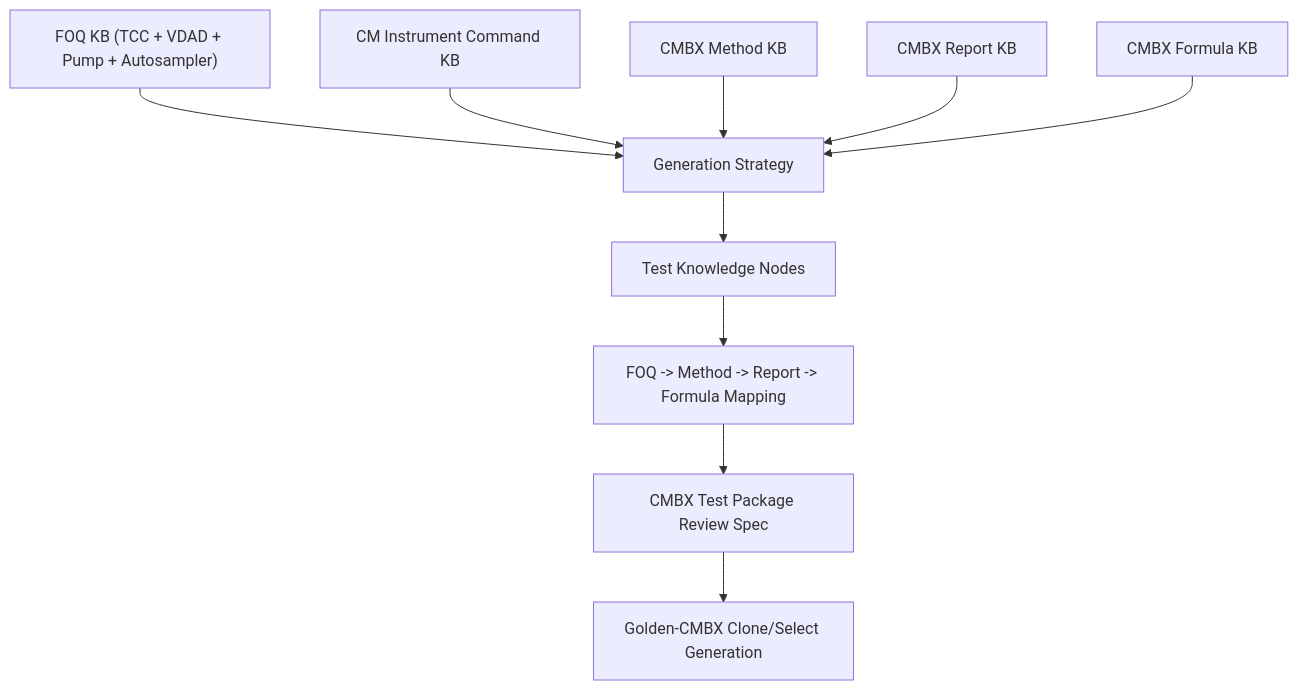
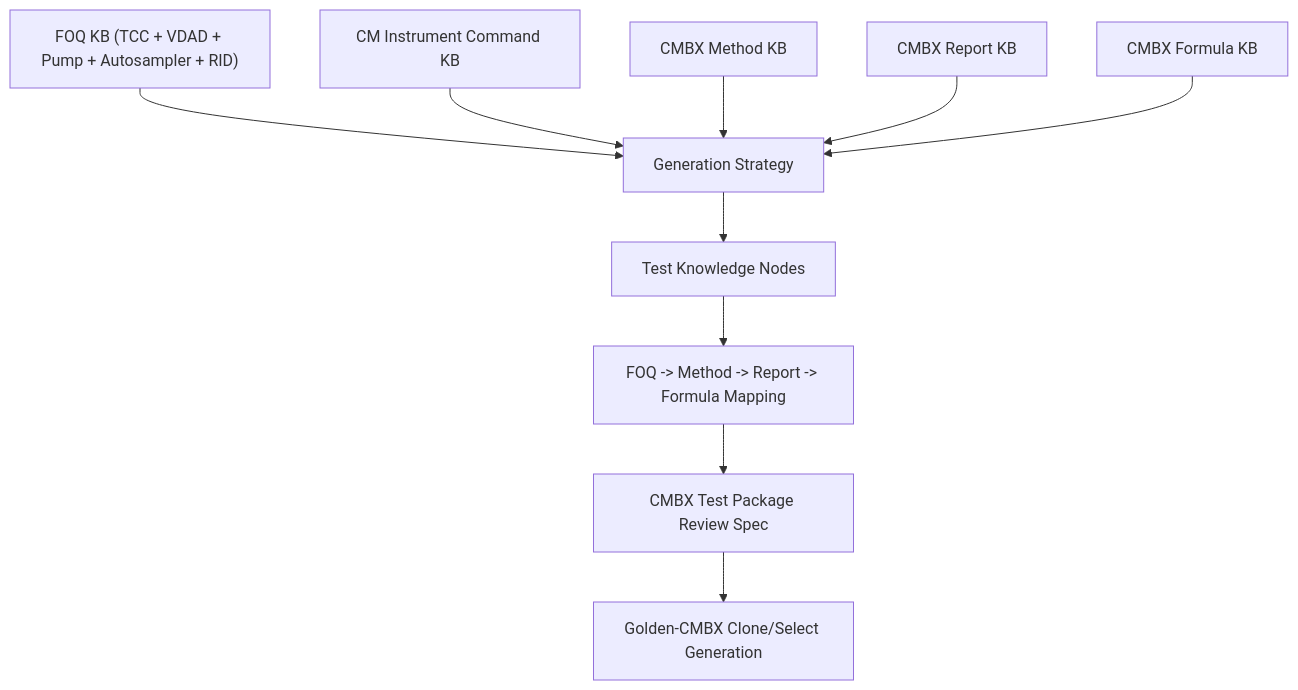
The diagram in docs/KB_INDEX.md (gxs1989/CMBX_Generator_KB), drawn with Mermaid before and after one commit. The commit also changed other lines of this file and 34 other files, not shown here.

````diff
--- a/docs/KB_INDEX.md
+++ b/docs/KB_INDEX.md
@@ -63,12 +64,12 @@
 ```mermaid
 flowchart TD
-    FOQ_KB["FOQ KB (TCC + VDAD + Pump + Autosampler)"] --> GEN_STRAT["Generation Strategy"]
+    FOQ_KB["FOQ KB (TCC + VDAD + Pump + Autosampler + RID)"] --> GEN_STRAT["Generation Strategy"]
     CM_CMD["CM Instrument Command KB"] --> GEN_STRAT
     CMBX_METHOD["CMBX Method KB"] --> GEN_STRAT
     CMBX_REPORT["CMBX Report KB"] --> GEN_STRAT
     CMBX_FORMULA["CMBX Formula KB"] --> GEN_STRAT
     GEN_STRAT --> TKN["Test Knowledge Nodes"]
     TKN --> MAP["FOQ -> Method -> Report -> Formula Mapping"]
     MAP --> CMBX_OUT["CMBX Test Package Review Spec"]
     CMBX_OUT --> GOLDEN["Golden-CMBX Clone/Select Generation"]
 ```
````
